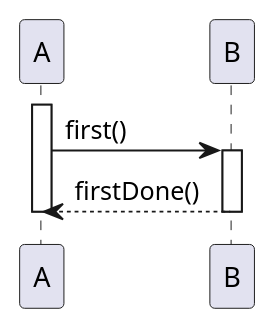
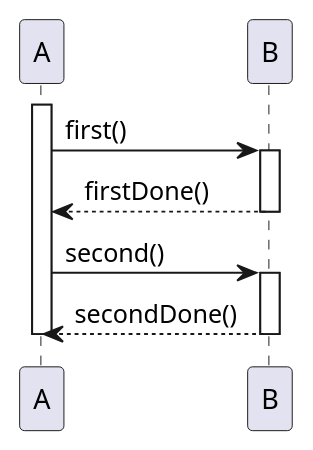
The diagram in SequenceImportProbe/samples/structure-insert-before.puml (SuperPyonchiX/NextDesign_Script), drawn with PlantUML before and after one commit. The commit also changed 15 other files, not shown here.

```diff
--- a/SequenceImportProbe/samples/structure-insert-before.puml
+++ b/SequenceImportProbe/samples/structure-insert-before.puml
@@ -1,10 +1,14 @@
 @startuml
 participant A
 participant B
 activate A
 A -> B : first()
 activate B
 B --> A : firstDone()
 deactivate B
+A -> B : second()
+activate B
+B --> A : secondDone()
+deactivate B
 deactivate A
 @enduml
```
